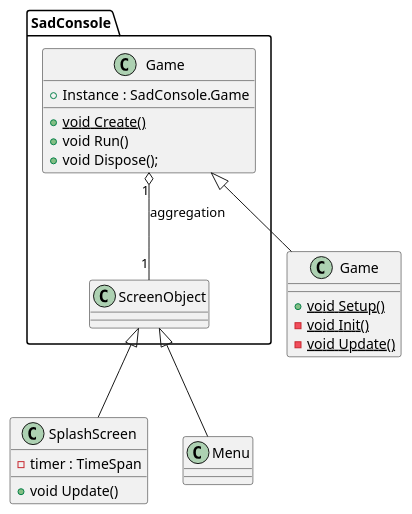
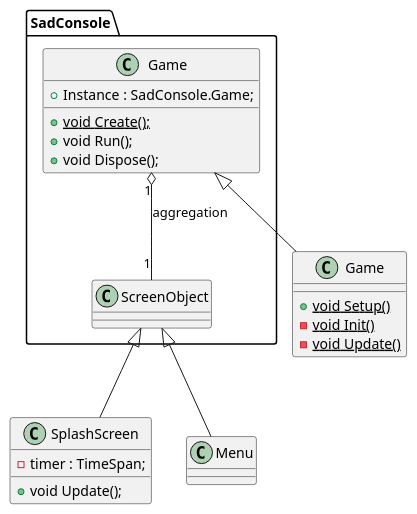
Before and after one commit to KasperK87/project: the diagram in UML.wsd, drawn with PlantUML.

Commit message:
Updated UML

```diff
--- a/UML.wsd
+++ b/UML.wsd
@@ -4,38 +4,38 @@
 @startuml test
 
 Class SadConsole.Game{
-    + Instance : SadConsole.Game
+    + Instance : SadConsole.Game;
 
-    + {static} void Create()
-    + void Run()
+    + {static} void Create();
+    + void Run();
     + void Dispose();
 }
 
 Class SadConsole.ScreenObject{
 
 }
 
 Class SplashScreen{
-    - timer : TimeSpan
+    - timer : TimeSpan;
 
-    + void Update()
+    + void Update();
 }
 
 Class Menu{
 
 }
 
 Class Game{
     + {static} void Setup()
     - {static} void Init()
     - {static} void Update()
 }
 
 SadConsole.Game "1" o-- "1" SadConsole.ScreenObject : aggregation
 
 SadConsole.Game <|-- Game
 SadConsole.ScreenObject <|-- SplashScreen
 SadConsole.ScreenObject <|-- Menu
 
 
 @enduml
```
